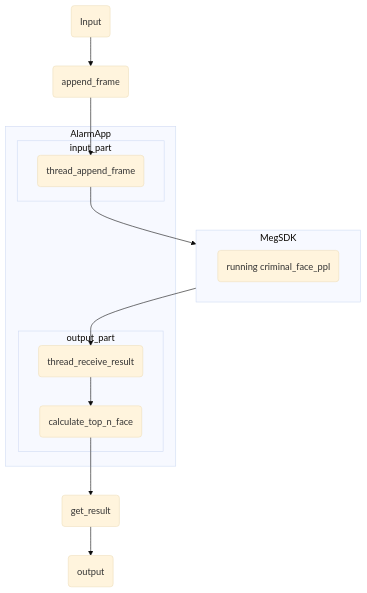
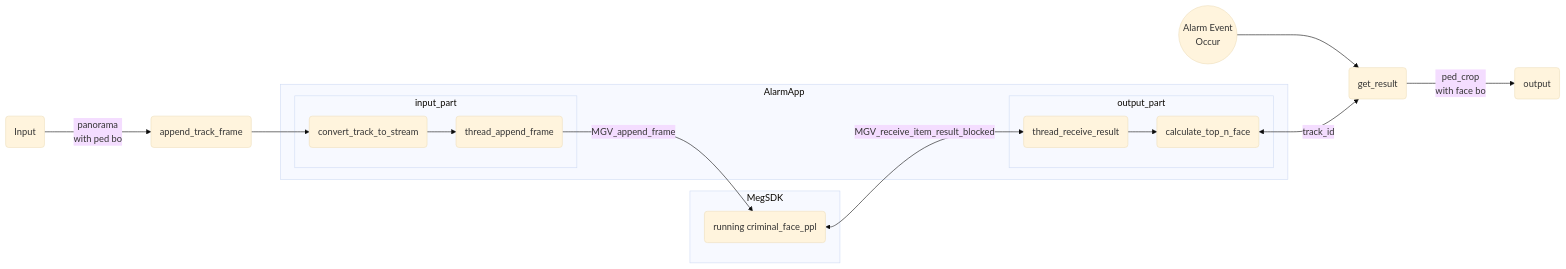
One commit to cmq2525/my_doc changed the second of 2 diagrams in buffer/flow-graph.md. Above: the diagram before and after it, drawn with Mermaid (base theme). The commit also changed other lines of this file, not shown here.

````diff
--- a/buffer/flow-graph.md
+++ b/buffer/flow-graph.md
@@ -15,23 +15,25 @@
 ```mermaid
-flowchart TB
-    Input(Input) --> append_frame(append_frame)
-    append_frame --> thread_append_frame
+flowchart LR
+    Input(Input) --panorama<br>with ped box--> append_track_frame(append_track_frame)
+    append_track_frame --> convert_track_to_stream
     subgraph AlarmApp
         input_part 
         output_part
     end
     subgraph input_part
+    convert_track_to_stream(convert_track_to_stream) -->thread_append_frame
     thread_append_frame(thread_append_frame)
     end
-    thread_append_frame --> MegSDK
+    thread_append_frame --MGV_append_frame--> SDK
     subgraph MegSDK
         SDK(running criminal_face_ppl)
     end
-    MegSDK --> thread_receive_result
+    SDK <--MGV_receive_item_result_blocked--> thread_receive_result
 
     subgraph output_part
     thread_receive_result(thread_receive_result) --> Calculate(calculate_top_n_face) 
     end
-    Calculate -->get_result(get_result)
-    get_result --> output(output)
+    AsyncCall((Alarm Event<br>Occur))-->get_result
+    Calculate <--track_id-->get_result(get_result)
+    get_result --ped_crop<br>with face box--> output(output)
 ```
````
